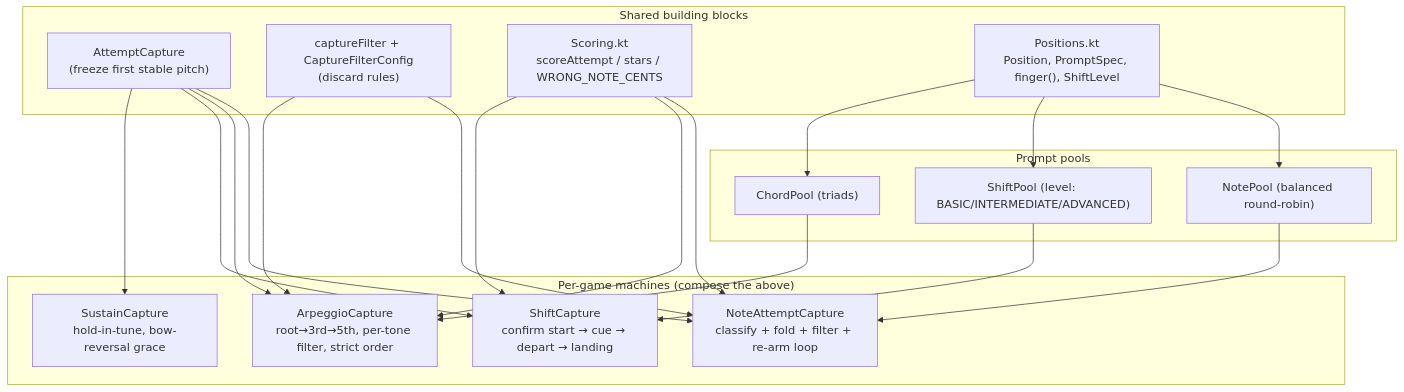
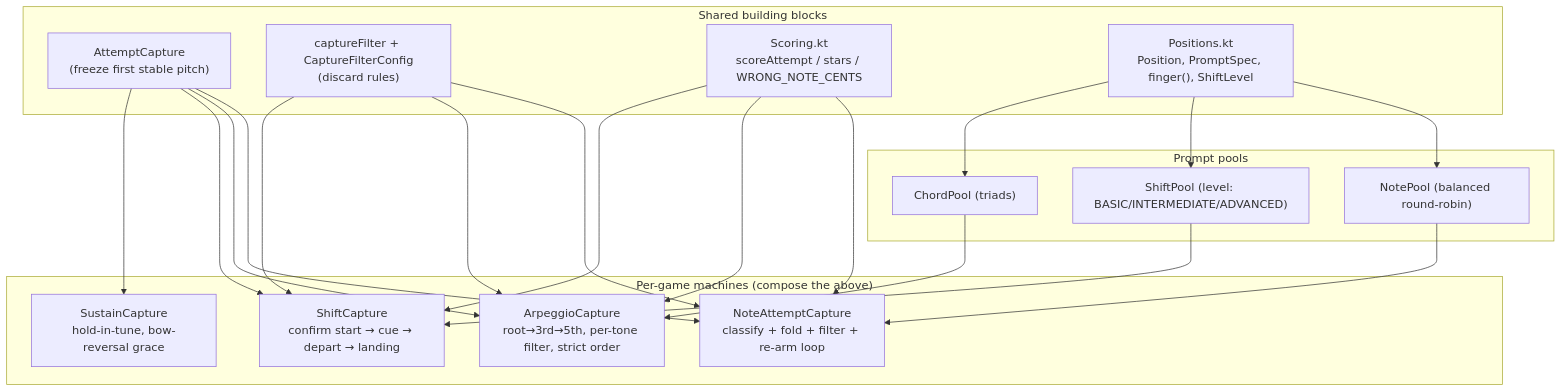
One commit to drake7707/double-bass-intonation-trainer changed the fourth of 7 diagrams in docs/architecture.md. Above: the diagram before and after it, drawn with Mermaid. The commit also changed other lines of this file and 11 other files, not shown here.

````diff
--- a/docs/architecture.md
+++ b/docs/architecture.md
@@ -142,30 +142,30 @@
 ```mermaid
 flowchart TB
     subgraph shared["Shared building blocks"]
         AC["AttemptCapture<br/>(freeze first stable pitch)"]
         CF["captureFilter + CaptureFilterConfig<br/>(discard rules)"]
         SC["Scoring.kt<br/>scoreAttempt / stars / WRONG_NOTE_CENTS"]
         POS["Positions.kt<br/>Position, PromptSpec, finger(), ShiftLevel"]
     end
 
     subgraph games["Per-game machines (compose the above)"]
         NAC["NoteAttemptCapture<br/>classify + fold + filter + re-arm loop"]
         ARP["ArpeggioCapture<br/>root→3rd→5th, per-tone filter, strict order"]
         SHF["ShiftCapture<br/>confirm start → cue → depart → landing"]
         SUS["SustainCapture<br/>hold-in-tune, bow-reversal grace"]
     end
 
     subgraph pools["Prompt pools"]
         NP["NotePool (balanced round-robin)"]
         SP["ShiftPool (level: BASIC/INTERMEDIATE/ADVANCED)"]
         CP["ChordPool (triads)"]
     end
 
     AC --> NAC & ARP & SHF & SUS
-    CF --> NAC & ARP
+    CF --> NAC & ARP & SHF
     POS --> NP & SP & CP
     SC --> NAC & ARP & SHF
     NP --> NAC
     CP --> ARP
     SP --> SHF
 ```
````
